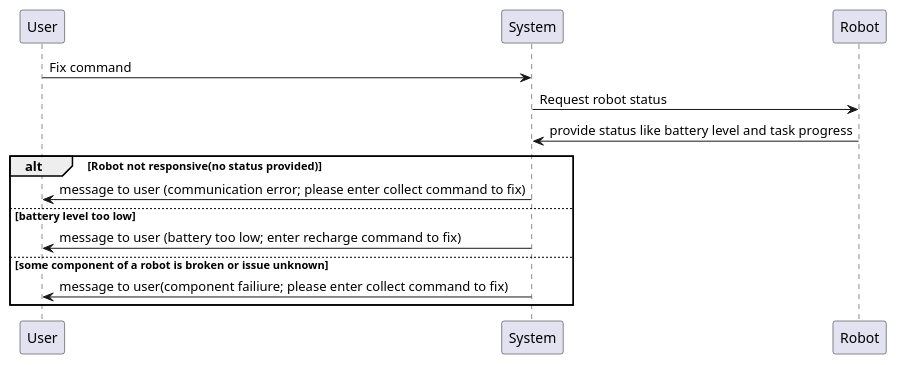
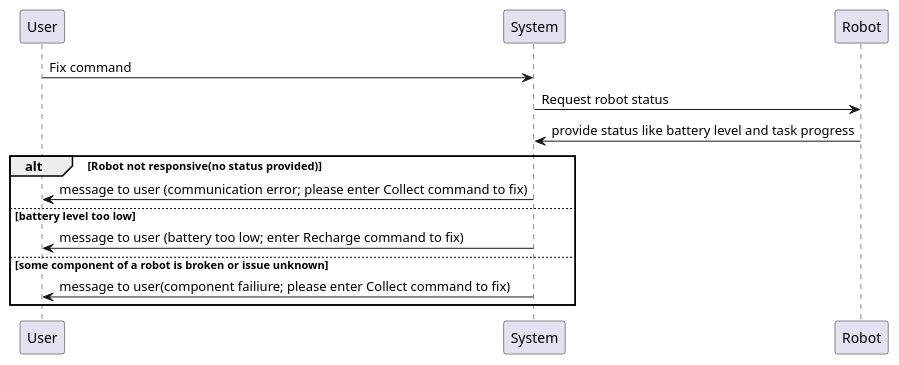
The diagram in docs/design/sequence_diagrams/dignose_robot.puml (arisk02/robot-fleet-management-system), drawn with PlantUML before and after one commit. The commit also changed 1 other file, not shown here.

Commit message:
Made a fix method (charging) sequence diagram.

```diff
--- a/docs/design/sequence_diagrams/dignose_robot.puml
+++ b/docs/design/sequence_diagrams/dignose_robot.puml
@@ -1,13 +1,13 @@
 @startuml
 User -> System : Fix command
 System -> Robot : Request robot status
 Robot -> System : provide status like battery level and task progress
 alt Robot not responsive(no status provided)
-    System -> User : message to user (communication error; please enter collect command to fix)
+    System -> User : message to user (communication error; please enter Collect command to fix)
 else battery level too low 
-    System -> User : message to user (battery too low; enter recharge command to fix)
+    System -> User : message to user (battery too low; enter Recharge command to fix)
 else some component of a robot is broken or issue unknown
-    System -> User: message to user(component failiure; please enter collect command to fix)
+    System -> User: message to user(component failiure; please enter Collect command to fix)
 end
 
 @enduml
```
